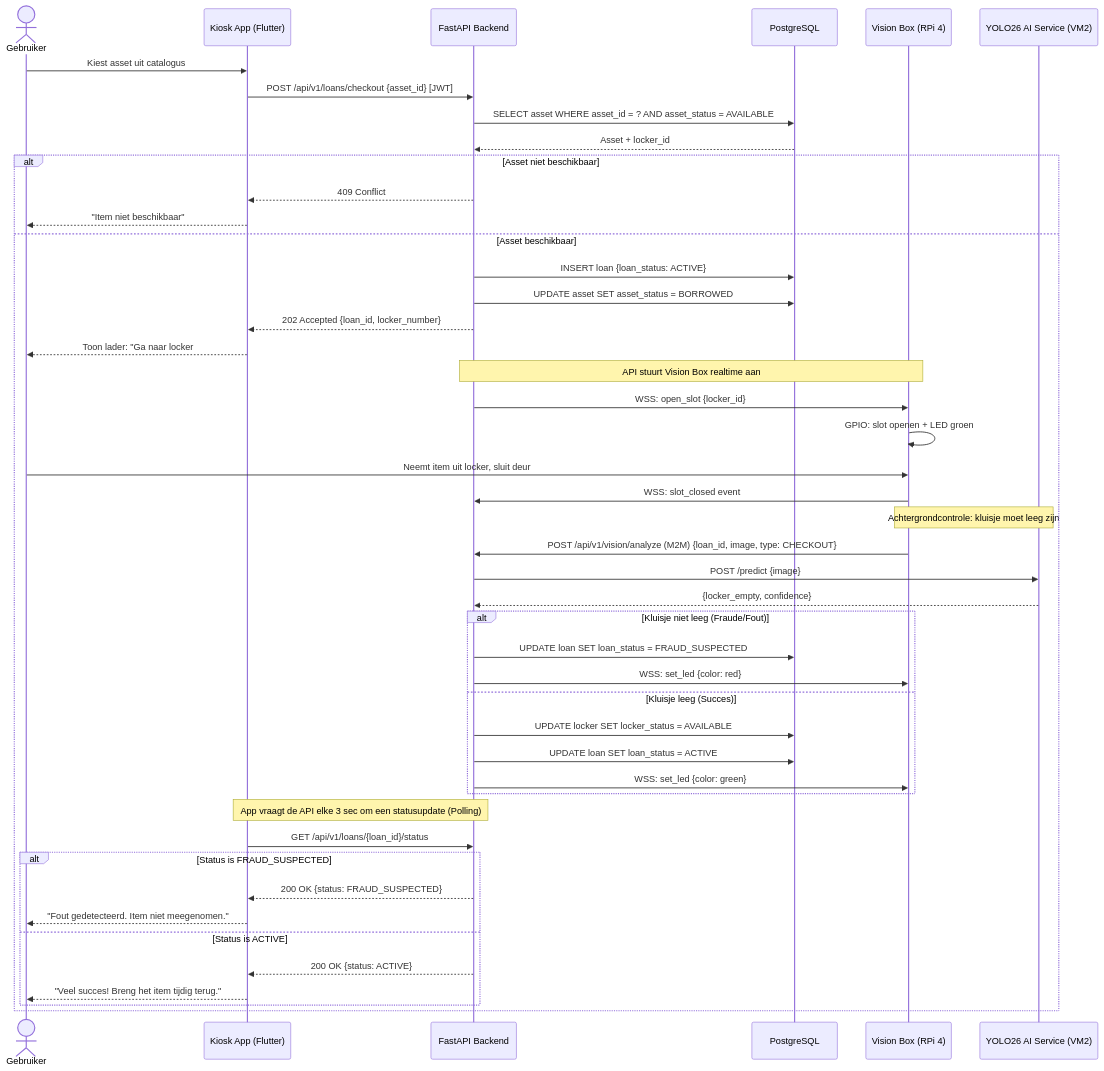
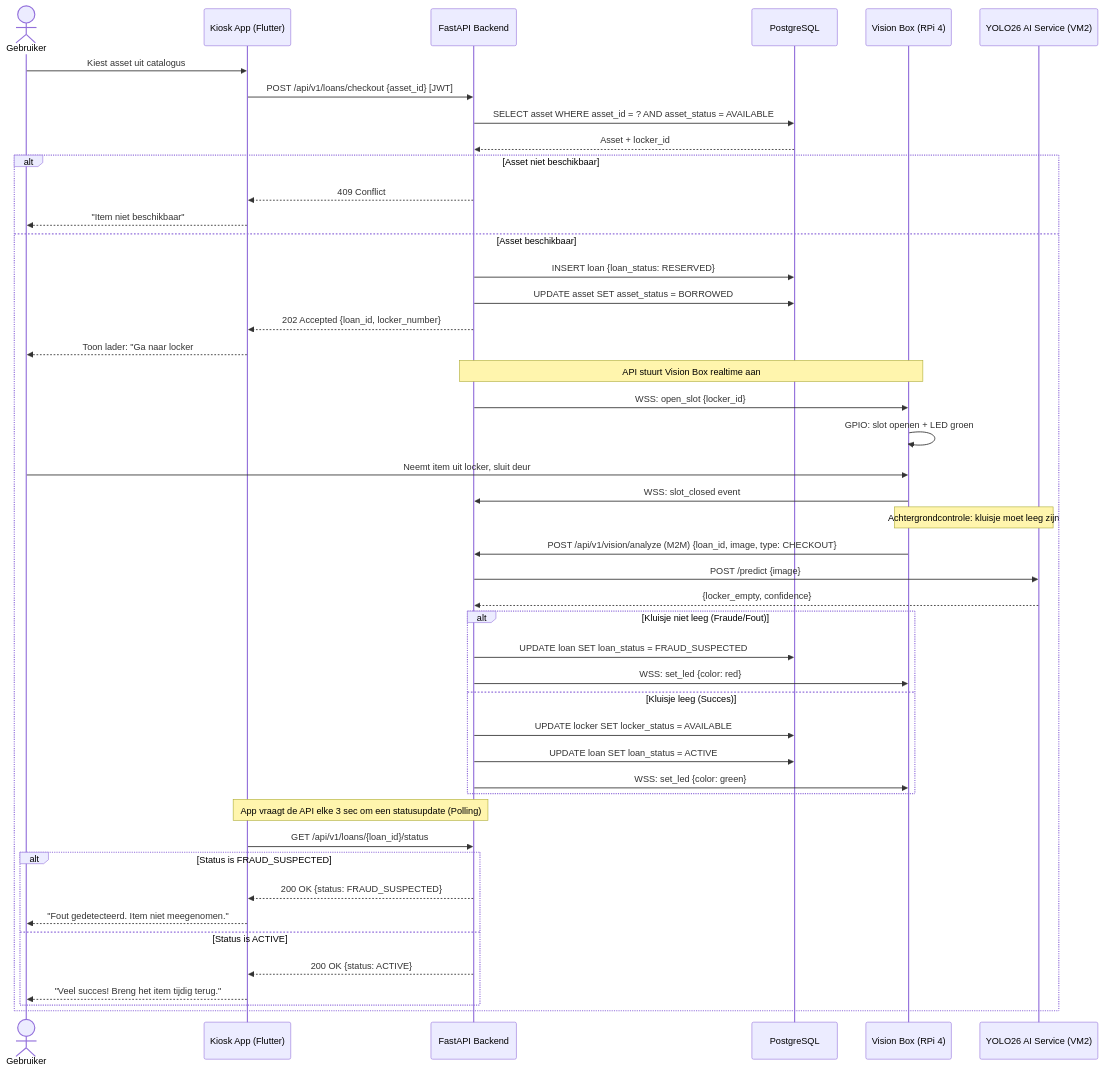
Before and after one commit to easylend-practice-enterprise/easylend: the second of 4 diagrams in docs/workflows.md, drawn with Mermaid. The commit also changed 2 other files, not shown here.

Commit message:
docs: full alignment of auth endpoints, reserved state, and removed WSS variables

````diff
--- a/docs/workflows.md
+++ b/docs/workflows.md
@@ -69,57 +69,57 @@
 ```mermaid
 sequenceDiagram
     actor User as Gebruiker
     participant App as Kiosk App (Flutter)
     participant API as FastAPI Backend
     participant DB as PostgreSQL
     participant VB as Vision Box (RPi 4)
     participant AI as YOLO26 AI Service (VM2)
 
     User->>App: Kiest asset uit catalogus
     App->>API: POST /api/v1/loans/checkout {asset_id} [JWT]
     API->>DB: SELECT asset WHERE asset_id = ? AND asset_status = AVAILABLE
     DB-->>API: Asset + locker_id
 
     alt Asset niet beschikbaar
         API-->>App: 409 Conflict
         App-->>User: "Item niet beschikbaar"
     else Asset beschikbaar
-        API->>DB: INSERT loan {loan_status: ACTIVE}
+        API->>DB: INSERT loan {loan_status: RESERVED}
         API->>DB: UPDATE asset SET asset_status = BORROWED
         API-->>App: 202 Accepted {loan_id, locker_number}
         App-->>User: Toon lader: "Ga naar locker #N"
 
         Note over API,VB: API stuurt Vision Box realtime aan
         API->>VB: WSS: open_slot {locker_id}
         VB->>VB: GPIO: slot openen + LED groen
 
         User->>VB: Neemt item uit locker, sluit deur
         VB->>API: WSS: slot_closed event
 
         Note over VB,AI: Achtergrondcontrole: kluisje moet leeg zijn
         VB->>API: POST /api/v1/vision/analyze (M2M) {loan_id, image, type: CHECKOUT}
         API->>AI: POST /predict {image}
         AI-->>API: {locker_empty, confidence}
 
         alt Kluisje niet leeg (Fraude/Fout)
             API->>DB: UPDATE loan SET loan_status = FRAUD_SUSPECTED
             API->>VB: WSS: set_led {color: red}
         else Kluisje leeg (Succes)
             API->>DB: UPDATE locker SET locker_status = AVAILABLE
             API->>DB: UPDATE loan SET loan_status = ACTIVE
             API->>VB: WSS: set_led {color: green}
         end
 
         Note over App,API: App vraagt de API elke 3 sec om een statusupdate (Polling)
         App->>API: GET /api/v1/loans/{loan_id}/status
         
         alt Status is FRAUD_SUSPECTED
             API-->>App: 200 OK {status: FRAUD_SUSPECTED}
             App-->>User: "Fout gedetecteerd. Item niet meegenomen."
         else Status is ACTIVE
             API-->>App: 200 OK {status: ACTIVE}
             App-->>User: "Veel succes! Breng het item tijdig terug."
         end
     end
 
 ```
````
